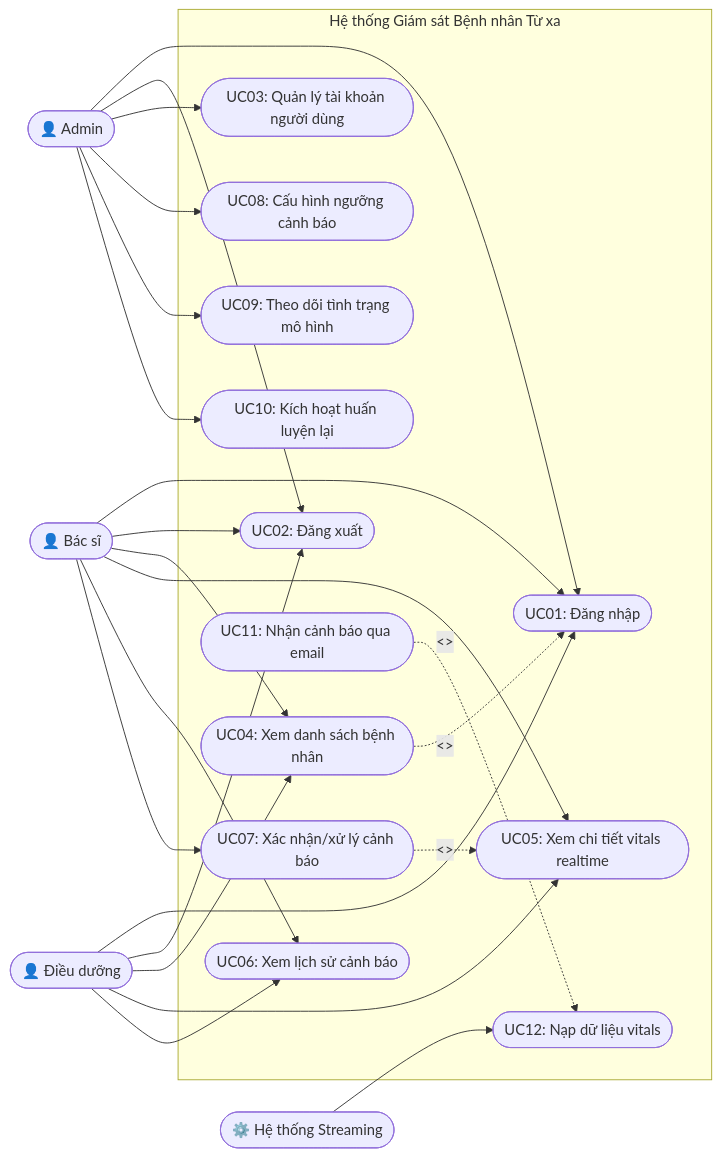
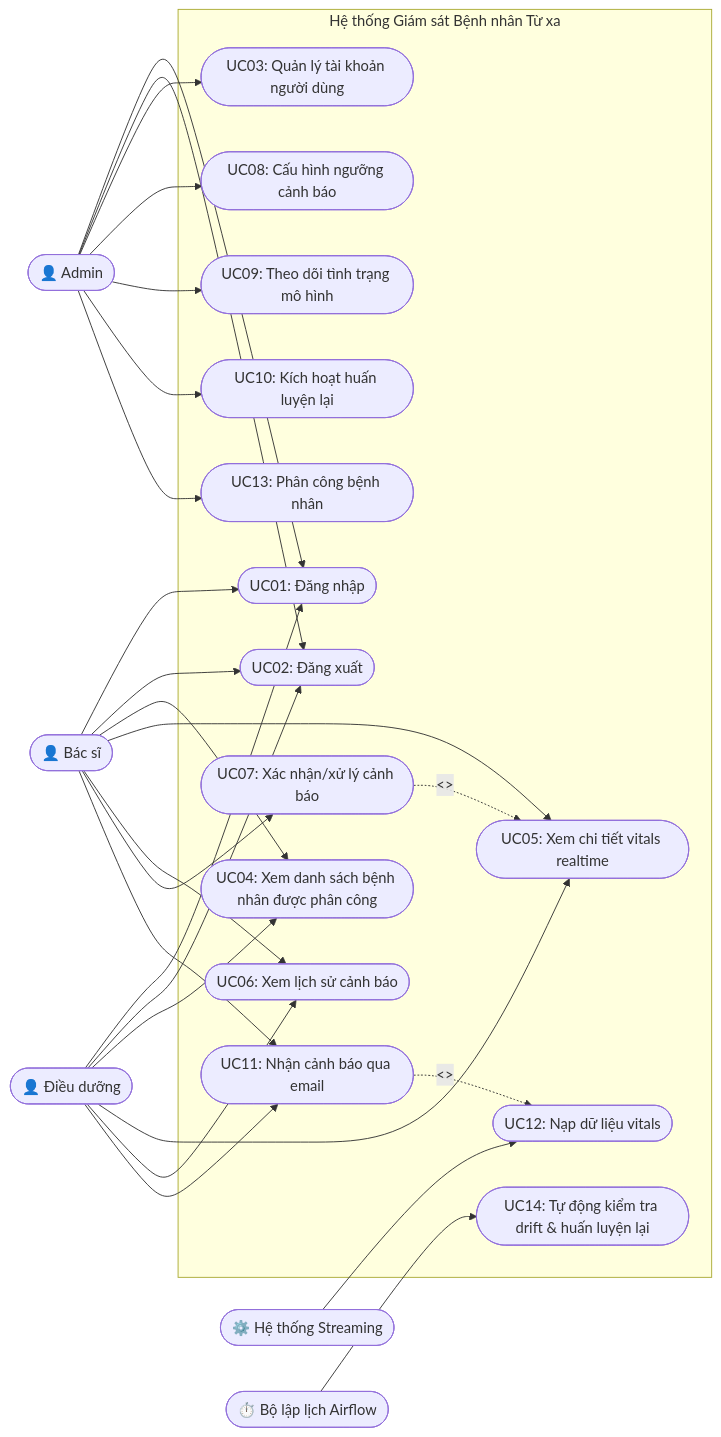
The diagram in docs/design/02_2_usecase.md (MinhNguyen1007/Remote-patient-monitoring-system-using-Streaming-MLOps), drawn with Mermaid before and after one commit. The commit also changed other lines of this file and 21 other files, not shown here.

````diff
--- a/docs/design/02_2_usecase.md
+++ b/docs/design/02_2_usecase.md
@@ -31,48 +34,54 @@
 ```mermaid
 flowchart LR
     Admin(["👤 Admin"])
     BacSi(["👤 Bác sĩ"])
     DieuDuong(["👤 Điều dưỡng"])
     Streaming(["⚙️ Hệ thống Streaming"])
+    Scheduler(["⏱️ Bộ lập lịch Airflow"])
 
     subgraph SYS["Hệ thống Giám sát Bệnh nhân Từ xa"]
         UC01([UC01: Đăng nhập])
         UC02([UC02: Đăng xuất])
         UC03([UC03: Quản lý tài khoản người dùng])
-        UC04([UC04: Xem danh sách bệnh nhân])
+        UC04([UC04: Xem danh sách bệnh nhân được phân công])
         UC05([UC05: Xem chi tiết vitals realtime])
         UC06([UC06: Xem lịch sử cảnh báo])
         UC07([UC07: Xác nhận/xử lý cảnh báo])
         UC08([UC08: Cấu hình ngưỡng cảnh báo])
         UC09([UC09: Theo dõi tình trạng mô hình])
         UC10([UC10: Kích hoạt huấn luyện lại])
         UC11([UC11: Nhận cảnh báo qua email])
         UC12([UC12: Nạp dữ liệu vitals])
+        UC13([UC13: Phân công bệnh nhân])
+        UC14([UC14: Tự động kiểm tra drift & huấn luyện lại])
     end
 
     Admin --> UC01
     Admin --> UC02
     Admin --> UC03
     Admin --> UC08
     Admin --> UC09
     Admin --> UC10
+    Admin --> UC13
 
     BacSi --> UC01
     BacSi --> UC02
     BacSi --> UC04
     BacSi --> UC05
     BacSi --> UC06
     BacSi --> UC07
+    BacSi --> UC11
 
     DieuDuong --> UC01
     DieuDuong --> UC02
     DieuDuong --> UC04
     DieuDuong --> UC05
     DieuDuong --> UC06
+    DieuDuong --> UC11
 
     Streaming --> UC12
+    Scheduler --> UC14
 
     UC07 -. "<<include>>" .-> UC05
-    UC04 -. "<<include>>" .-> UC01
     UC11 -. "<<extend>>" .-> UC12
 ```
````
